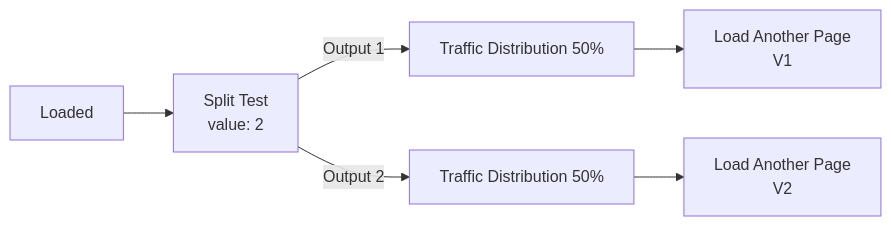
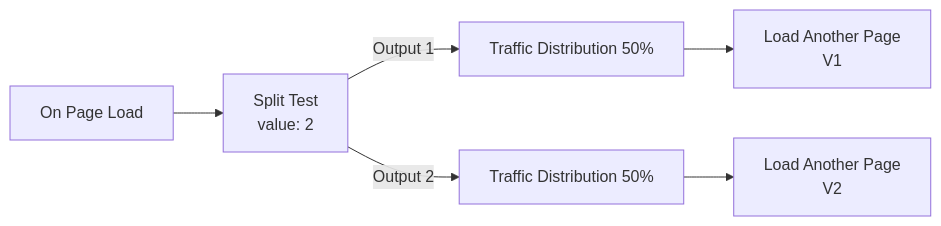
The diagram in pages/page-variants.mdx (elasticfunnels/docs), drawn with Mermaid before and after one commit. The commit also changed 7 other files, not shown here.

Commit message:
Page events docs: the start node is "On Page Load" (was "Loaded" / "On Page Loaded"), matching the app label on fix/page-events-entry-label

````diff
--- a/pages/page-variants.mdx
+++ b/pages/page-variants.mdx
@@ -83,8 +83,8 @@
 ```mermaid
 flowchart LR
-  E[Loaded] --> ST[Split Test<br/>value: 2]
+  E[On Page Load] --> ST[Split Test<br/>value: 2]
   ST -->|Output 1| W1[Traffic Distribution 50%]
   ST -->|Output 2| W2[Traffic Distribution 50%]
   W1 --> P1[Load Another Page<br/>V1]
   W2 --> P2[Load Another Page<br/>V2]
 ```
````
